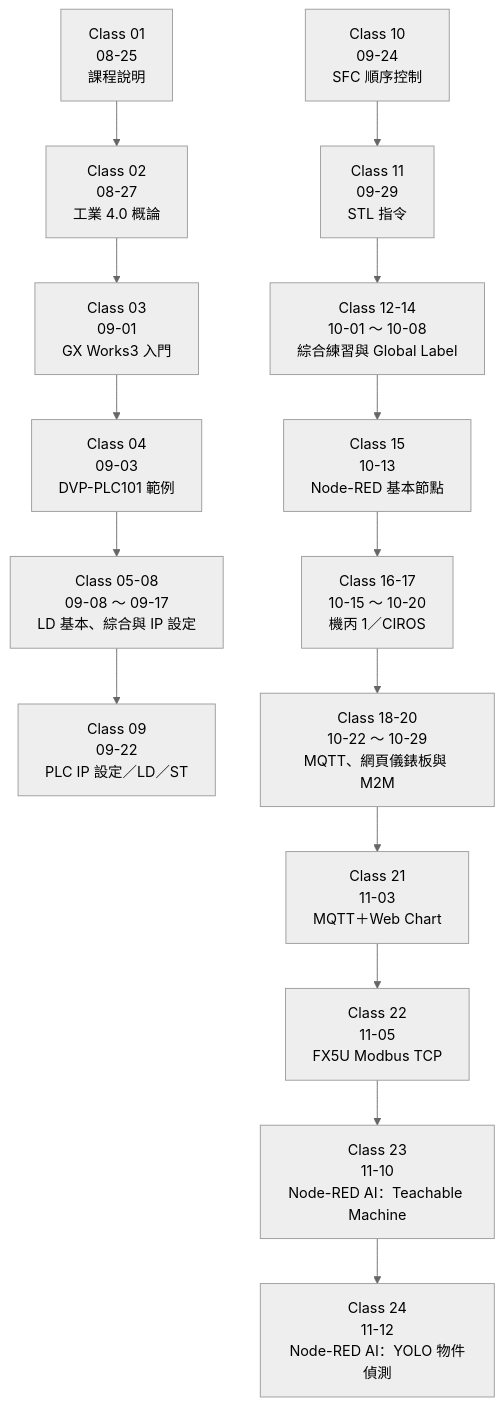
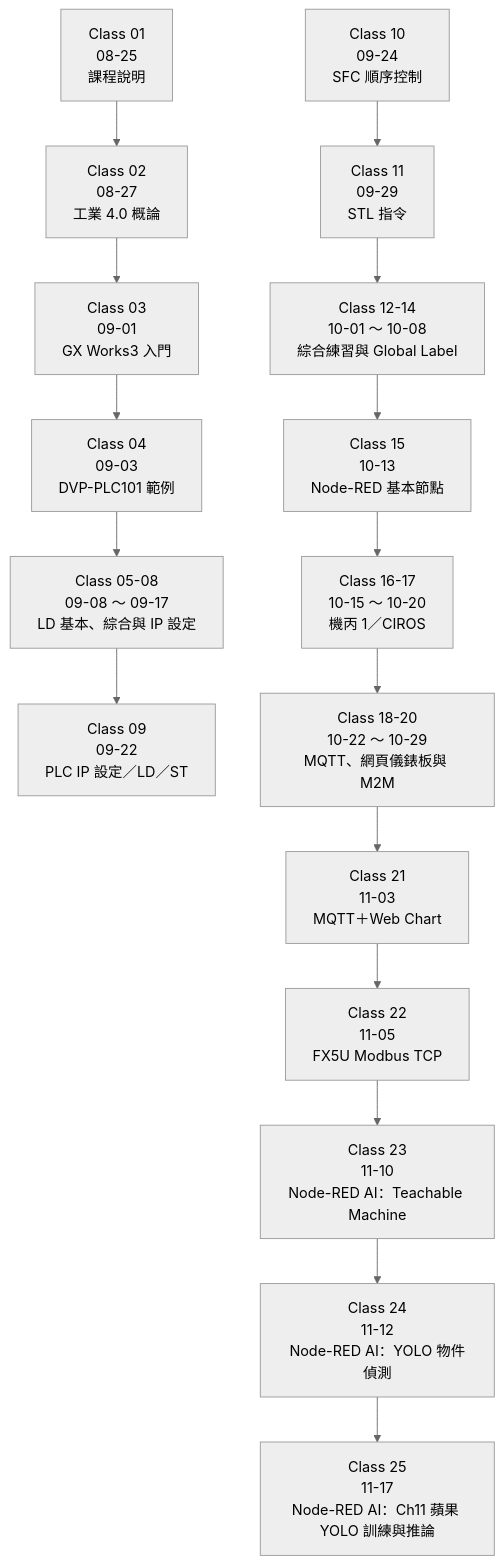
One commit to yd7148/INDUSTRY-4.0 changed the first of 3 diagrams in docs/COURSE-MAP.md. Above: the diagram before and after it, drawn with Mermaid (neutral theme). The commit also changed other lines of this file and 2 other files, not shown here.

Commit message:
Sync docs for Class-25 (25 classes, 26 videos, timeline legend)

````diff
--- a/docs/COURSE-MAP.md
+++ b/docs/COURSE-MAP.md
@@ -10,17 +10,18 @@
 ```mermaid
 flowchart TD
     A["Class 01<br/>08-25<br/>課程說明"] --> B["Class 02<br/>08-27<br/>工業 4.0 概論"]
     B --> C["Class 03<br/>09-01<br/>GX Works3 入門"]
     C --> D["Class 04<br/>09-03<br/>DVP-PLC101 範例"]
     D --> E["Class 05-08<br/>09-08 ～ 09-17<br/>LD 基本、綜合與 IP 設定"]
     E --> F["Class 09<br/>09-22<br/>PLC IP 設定／LD／ST"]
     G["Class 10<br/>09-24<br/>SFC 順序控制"] --> H["Class 11<br/>09-29<br/>STL 指令"]
     H --> I["Class 12-14<br/>10-01 ～ 10-08<br/>綜合練習與 Global Label"]
     I --> J["Class 15<br/>10-13<br/>Node-RED 基本節點"]
     J --> K["Class 16-17<br/>10-15 ～ 10-20<br/>機丙 1／CIROS"]
     K --> L["Class 18-20<br/>10-22 ～ 10-29<br/>MQTT、網頁儀錶板與 M2M"]
     L --> M["Class 21<br/>11-03<br/>MQTT＋Web Chart"]
     M --> N["Class 22<br/>11-05<br/>FX5U Modbus TCP"]
     N --> O["Class 23<br/>11-10<br/>Node-RED AI：Teachable Machine"]
     O --> P["Class 24<br/>11-12<br/>Node-RED AI：YOLO 物件偵測"]
+    P --> Q["Class 25<br/>11-17<br/>Node-RED AI：Ch11 蘋果 YOLO 訓練與推論"]
 ```
````
